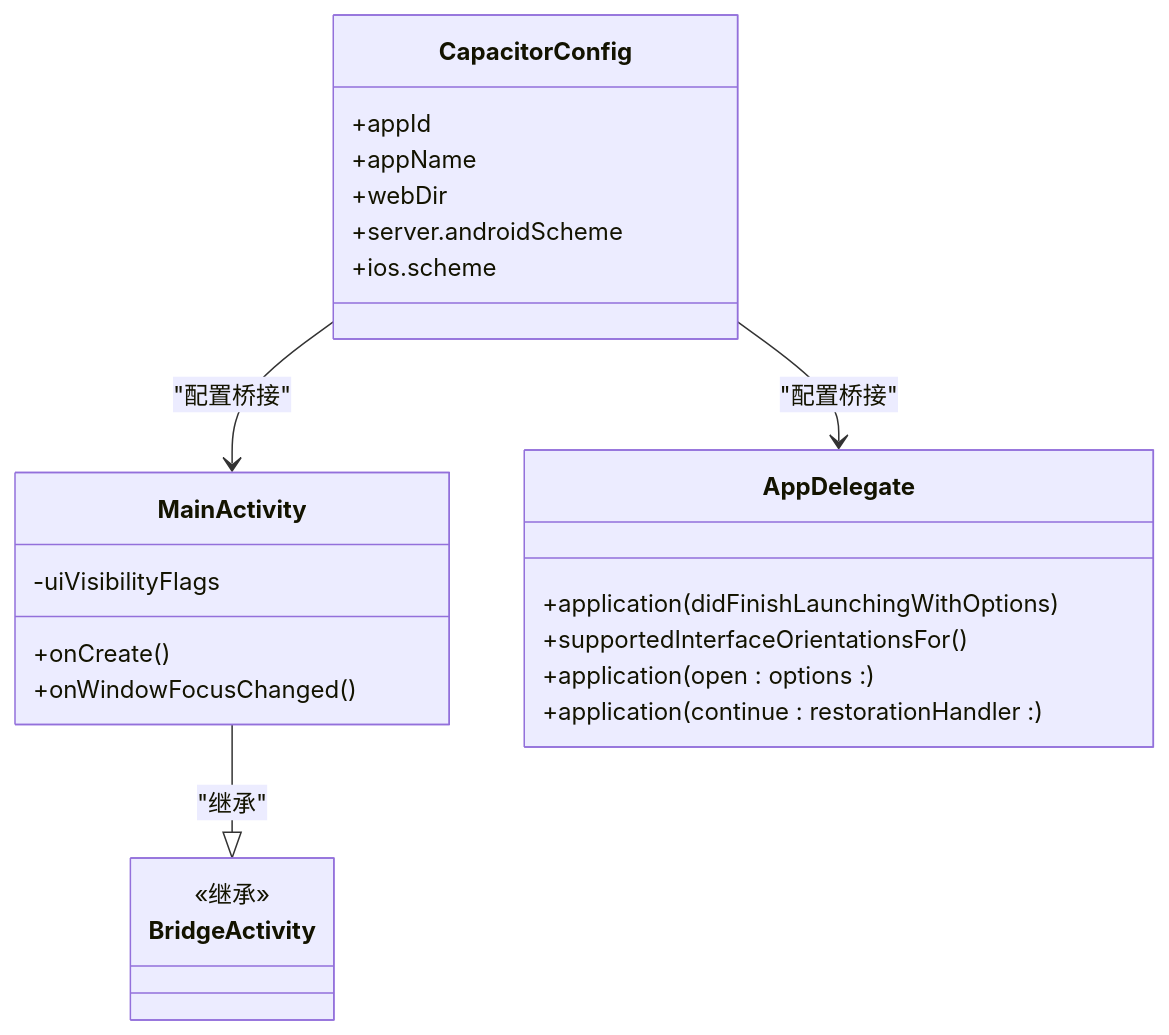
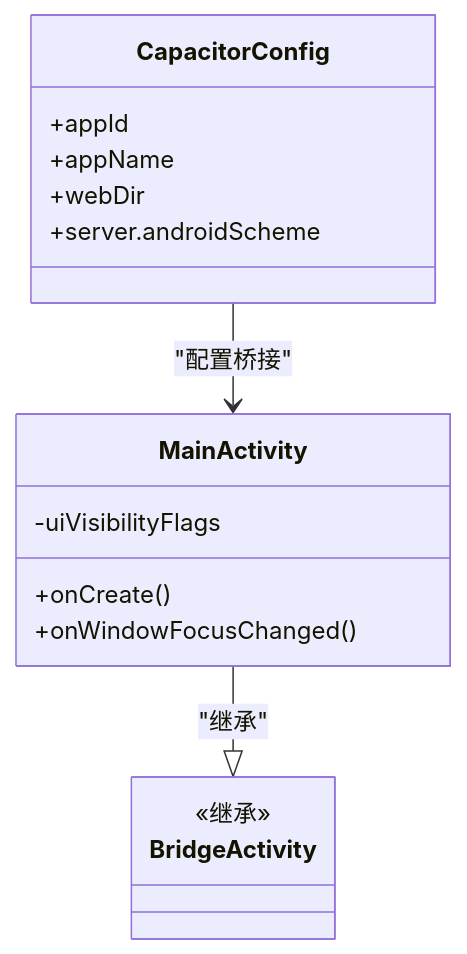
Before and after one commit to dingxyang/Macro-Deck-Client-App: the fourth of 5 diagrams in .qoder/repowiki/zh/content/原生平台集成/原生平台集成.md, drawn with Mermaid. The commit also changed other lines of this file and 47 other files, not shown here.

````diff
--- a/.qoder/repowiki/zh/content/原生平台集成/原生平台集成.md
+++ b/.qoder/repowiki/zh/content/原生平台集成/原生平台集成.md
@@ -258,27 +217,19 @@
 ```mermaid
 classDiagram
 class MainActivity {
 +onCreate()
 +onWindowFocusChanged()
 -uiVisibilityFlags
 }
 class BridgeActivity {
 <<继承>>
 }
-class AppDelegate {
-+application(didFinishLaunchingWithOptions)
-+supportedInterfaceOrientationsFor()
-+application(open : options : )
-+application(continue : restorationHandler : )
-}
 class CapacitorConfig {
 +appId
 +appName
 +webDir
 +server.androidScheme
-+ios.scheme
 }
 MainActivity --|> BridgeActivity : "继承"
 CapacitorConfig --> MainActivity : "配置桥接"
-CapacitorConfig --> AppDelegate : "配置桥接"
 ```
````
